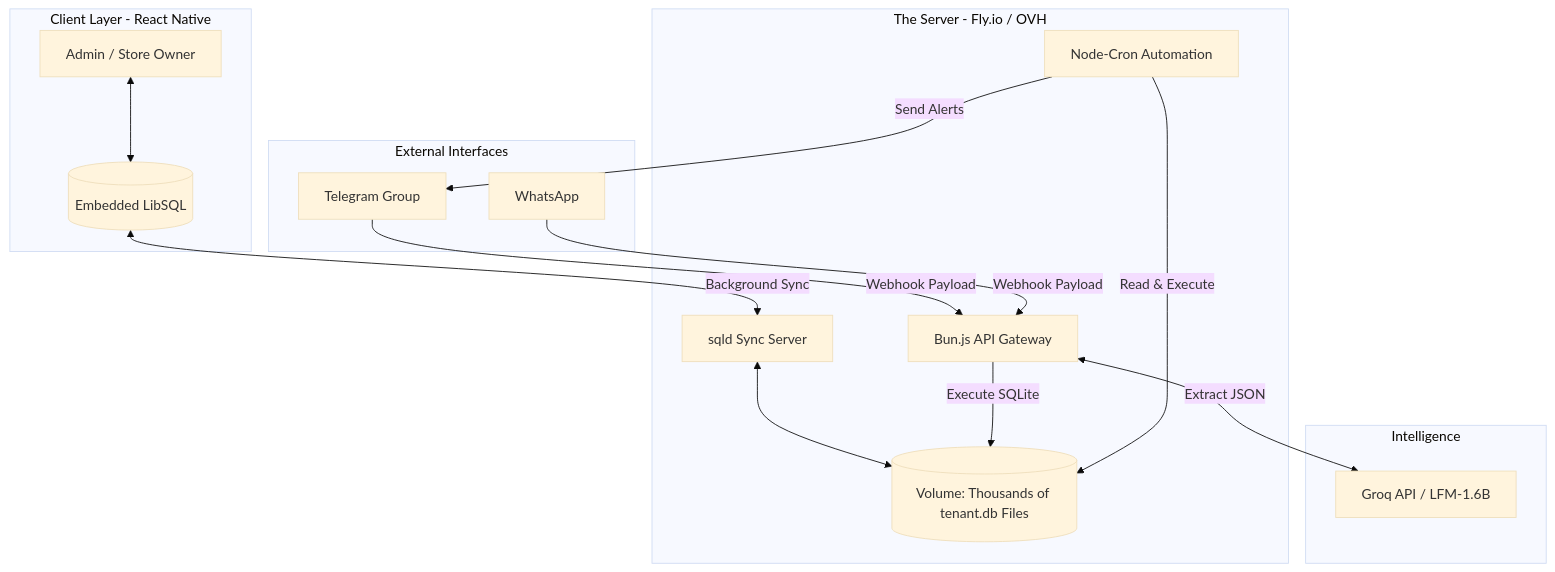
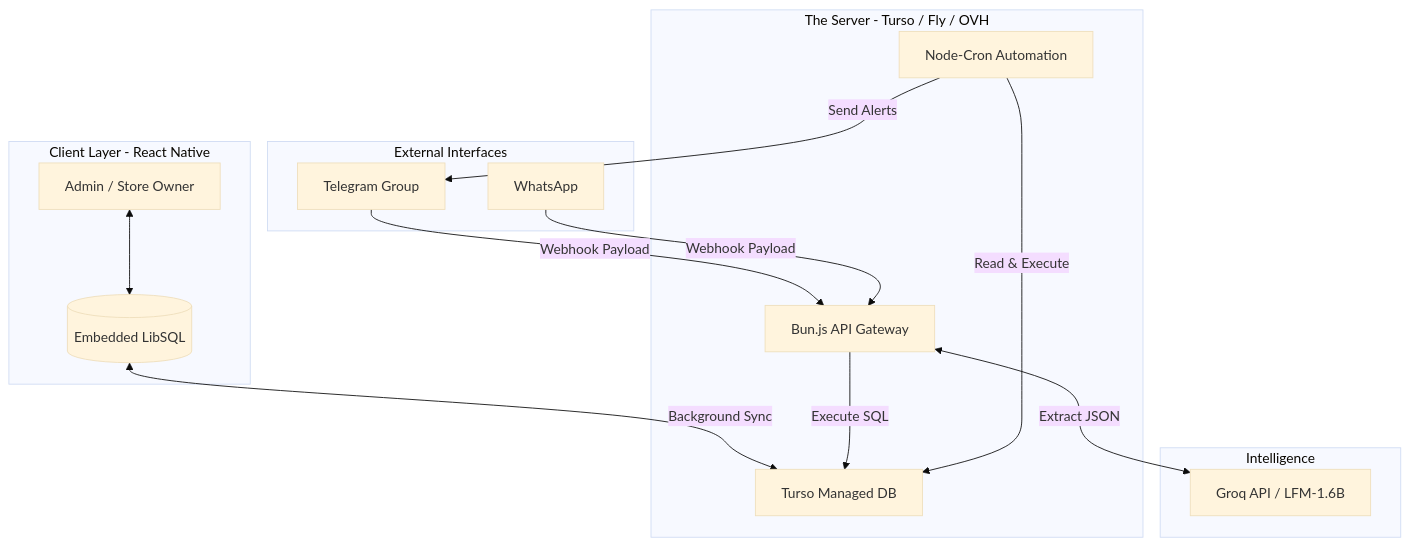
One commit to tarfw/tar changed the diagram in architecture/architecture.md. Above: the diagram before and after it, drawn with Mermaid (base theme). The commit also changed other lines of this file and 9 other files, not shown here.

````diff
--- a/architecture/architecture.md
+++ b/architecture/architecture.md
@@ -56,33 +56,31 @@
 ```mermaid
 graph TD
     subgraph "Client Layer - React Native"
         Admin[Admin / Store Owner]
         LocalDB[(Embedded LibSQL)]
         Admin <--> LocalDB
     end
 
     subgraph "External Interfaces"
         Telegram[Telegram Group]
         WhatsApp[WhatsApp]
     end
 
-    subgraph "The Server - Fly.io / OVH"
-        sqld[sqld Sync Server]
+    subgraph "The Server - Turso / Fly / OVH"
+        Turso[Turso Managed DB]
         Bun[Bun.js API Gateway]
         Cron[Node-Cron Automation]
-        Disk[(Volume: Thousands of tenant.db Files)]
     end
 
     subgraph "Intelligence"
         Groq[Groq API / LFM-1.6B]
     end
 
-    LocalDB <-->|Background Sync| sqld
-    sqld <--> Disk
+    LocalDB <-->|Background Sync| Turso
     Telegram -->|Webhook Payload| Bun
     WhatsApp -->|Webhook Payload| Bun
     Bun <-->|Extract JSON| Groq
-    Bun -->|Execute SQLite| Disk
-    Cron -->|Read & Execute| Disk
+    Bun -->|Execute SQL| Turso
+    Cron -->|Read & Execute| Turso
     Cron -->|Send Alerts| Telegram
 ```
````
